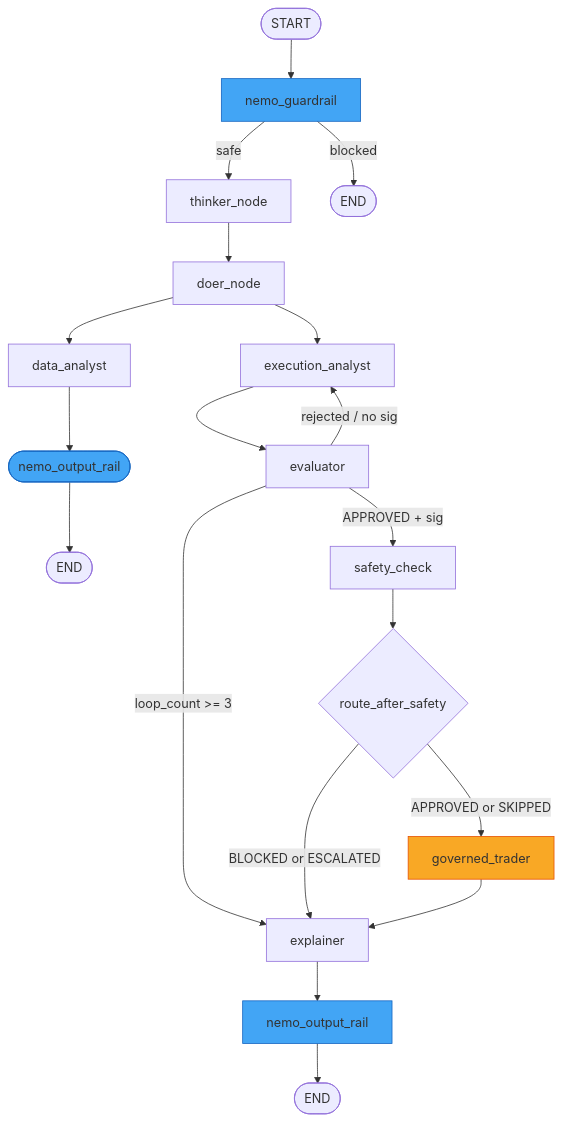
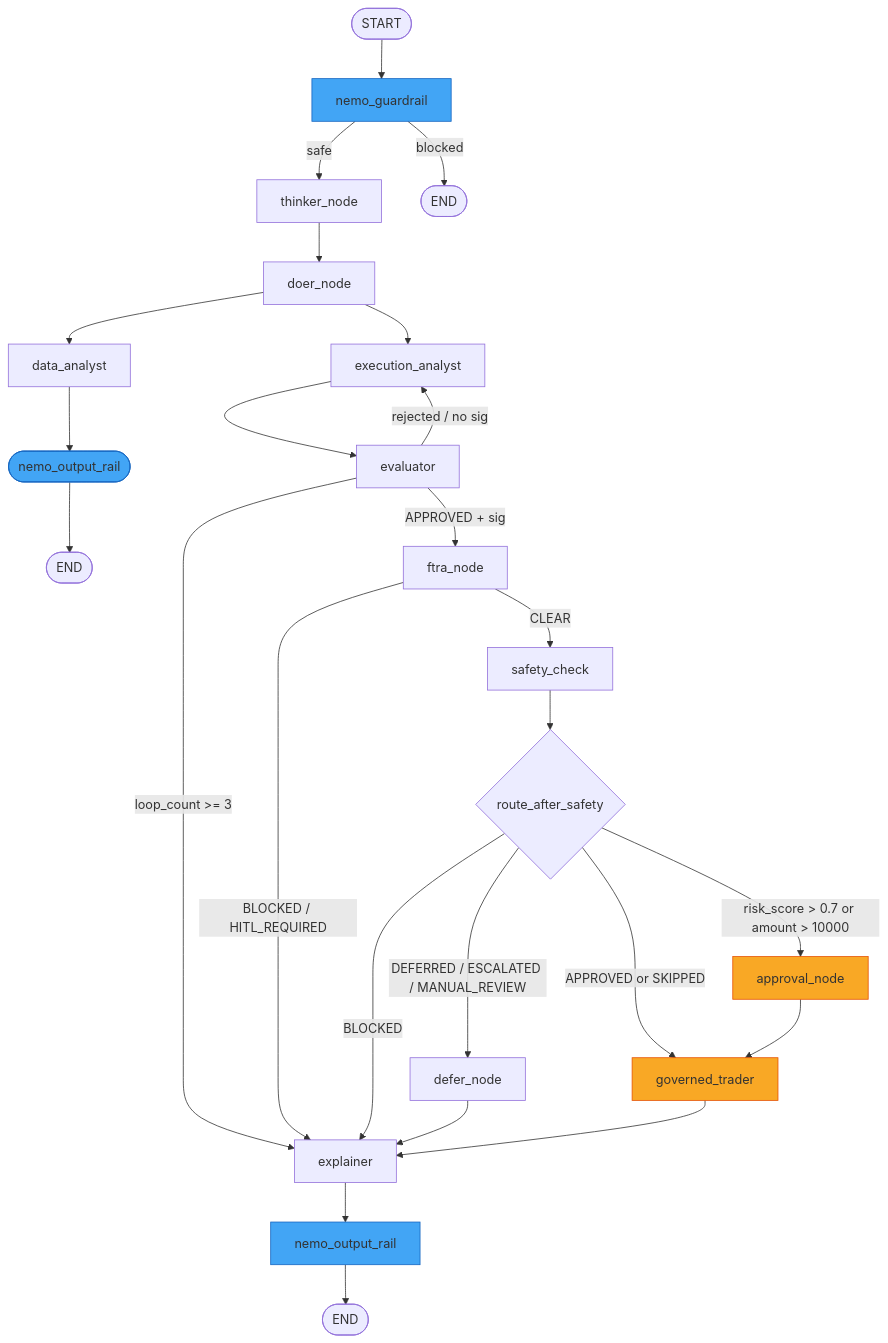
Before and after one commit to Icon369/cybernetic-agent-governance-engine: the diagram in docs/architecture/AGENT_SYSTEM_ARCHITECTURE.md, drawn with Mermaid. The commit also changed other lines of this file and 37 other files, not shown here.

````diff
--- a/docs/architecture/AGENT_SYSTEM_ARCHITECTURE.md
+++ b/docs/architecture/AGENT_SYSTEM_ARCHITECTURE.md
@@ -117,26 +128,33 @@
 ```mermaid
 flowchart TD
     START([START]) --> nemo_guardrail
     nemo_guardrail -->|safe| thinker_node
     nemo_guardrail -->|blocked| END_BLOCK([END])
     thinker_node --> doer_node
     doer_node --> data_analyst
     data_analyst --> nemo_output_rail_da([nemo_output_rail])
     nemo_output_rail_da --> END_DA([END])
     doer_node --> execution_analyst
     execution_analyst --> evaluator
-    evaluator -->|APPROVED + sig| safety_check
+    evaluator -->|APPROVED + sig| ftra_node
     evaluator -->|loop_count >= 3| explainer
     evaluator -->|rejected / no sig| execution_analyst
+    ftra_node -->|CLEAR| safety_check
+    ftra_node -->|BLOCKED / HITL_REQUIRED| explainer
     safety_check --> route_after_safety{route_after_safety}
+    route_after_safety -->|risk_score > 0.7 or amount > 10000| approval_node
     route_after_safety -->|APPROVED or SKIPPED| governed_trader
-    route_after_safety -->|BLOCKED or ESCALATED| explainer
+    route_after_safety -->|DEFERRED / ESCALATED / MANUAL_REVIEW| defer_node
+    route_after_safety -->|BLOCKED| explainer
+    approval_node --> governed_trader
+    defer_node --> explainer
     governed_trader --> explainer
     explainer --> nemo_output_rail
     nemo_output_rail --> END([END])
 
     style nemo_guardrail fill:#42a5f5,stroke:#1565c0
     style nemo_output_rail fill:#42a5f5,stroke:#1565c0
     style nemo_output_rail_da fill:#42a5f5,stroke:#1565c0
+    style approval_node fill:#f9a825,stroke:#e65100
     style governed_trader fill:#f9a825,stroke:#e65100
 ```
````
